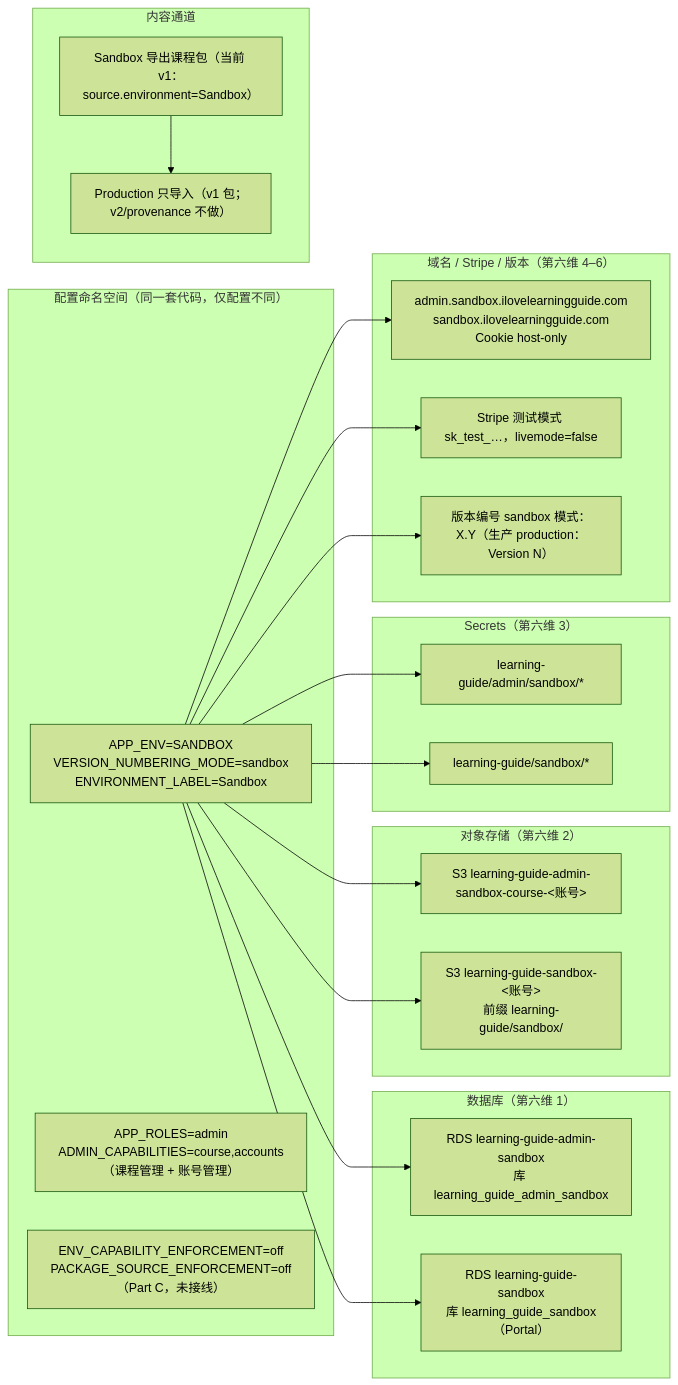
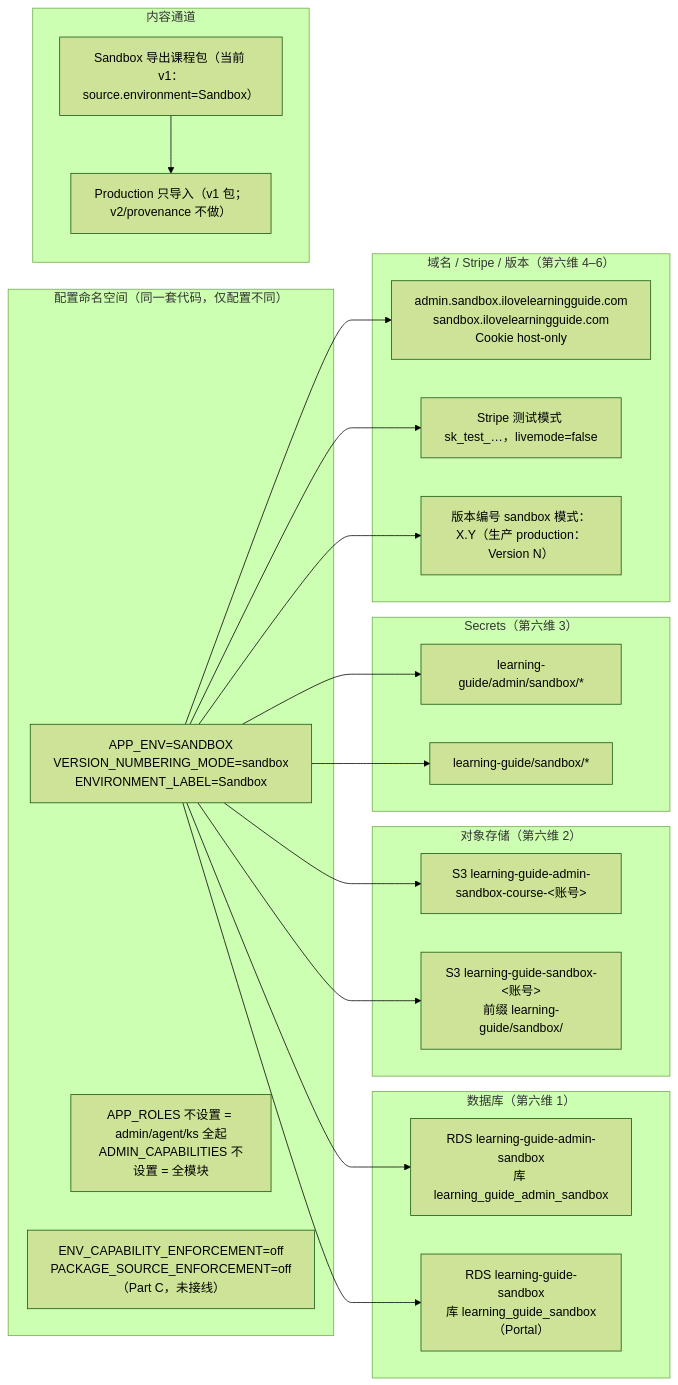
Before and after one commit to First-Light-TechHK/LearningGuideAdmin: the diagram in docs/sandbox/partitioning.md, drawn with Mermaid (forest theme). The commit also changed other lines of this file and 19 other files, not shown here.

````diff
--- a/docs/sandbox/partitioning.md
+++ b/docs/sandbox/partitioning.md
@@ -8,39 +8,39 @@
 ```mermaid
 flowchart LR
   subgraph CFG["配置命名空间（同一套代码，仅配置不同）"]
     E1["APP_ENV=SANDBOX<br/>VERSION_NUMBERING_MODE=sandbox<br/>ENVIRONMENT_LABEL=Sandbox"]
-    E2["APP_ROLES=admin<br/>ADMIN_CAPABILITIES=course,accounts<br/>（课程管理 + 账号管理）"]
+    E2["APP_ROLES 不设置 = admin/agent/ks 全起<br/>ADMIN_CAPABILITIES 不设置 = 全模块"]
     E3["ENV_CAPABILITY_ENFORCEMENT=off<br/>PACKAGE_SOURCE_ENFORCEMENT=off（Part C，未接线）"]
   end
 
   subgraph DB["数据库（第六维 1）"]
     D1["RDS learning-guide-admin-sandbox<br/>库 learning_guide_admin_sandbox"]
     D2["RDS learning-guide-sandbox<br/>库 learning_guide_sandbox（Portal）"]
   end
 
   subgraph S3["对象存储（第六维 2）"]
     B1["S3 learning-guide-admin-sandbox-course-&lt;账号&gt;"]
     B2["S3 learning-guide-sandbox-&lt;账号&gt;<br/>前缀 learning-guide/sandbox/"]
   end
 
   subgraph SEC["Secrets（第六维 3）"]
     S1["learning-guide/admin/sandbox/*"]
     S2["learning-guide/sandbox/*"]
   end
 
   subgraph NET["域名 / Stripe / 版本（第六维 4–6）"]
     N1["admin.sandbox.ilovelearningguide.com<br/>sandbox.ilovelearningguide.com<br/>Cookie host-only"]
     N2["Stripe 测试模式 sk_test_…，livemode=false"]
     N3["版本编号 sandbox 模式：X.Y（生产 production：Version N）"]
   end
 
   E1 --> D1 & D2
   E1 --> B1 & B2
   E1 --> S1 & S2
   E1 --> N1 & N2 & N3
   subgraph CH["内容通道"]
     P1["Sandbox 导出课程包（当前 v1：source.environment=Sandbox）"]
     P2["Production 只导入（v1 包；v2/provenance 不做）"]
   end
   P1 --> P2
 ```
````
